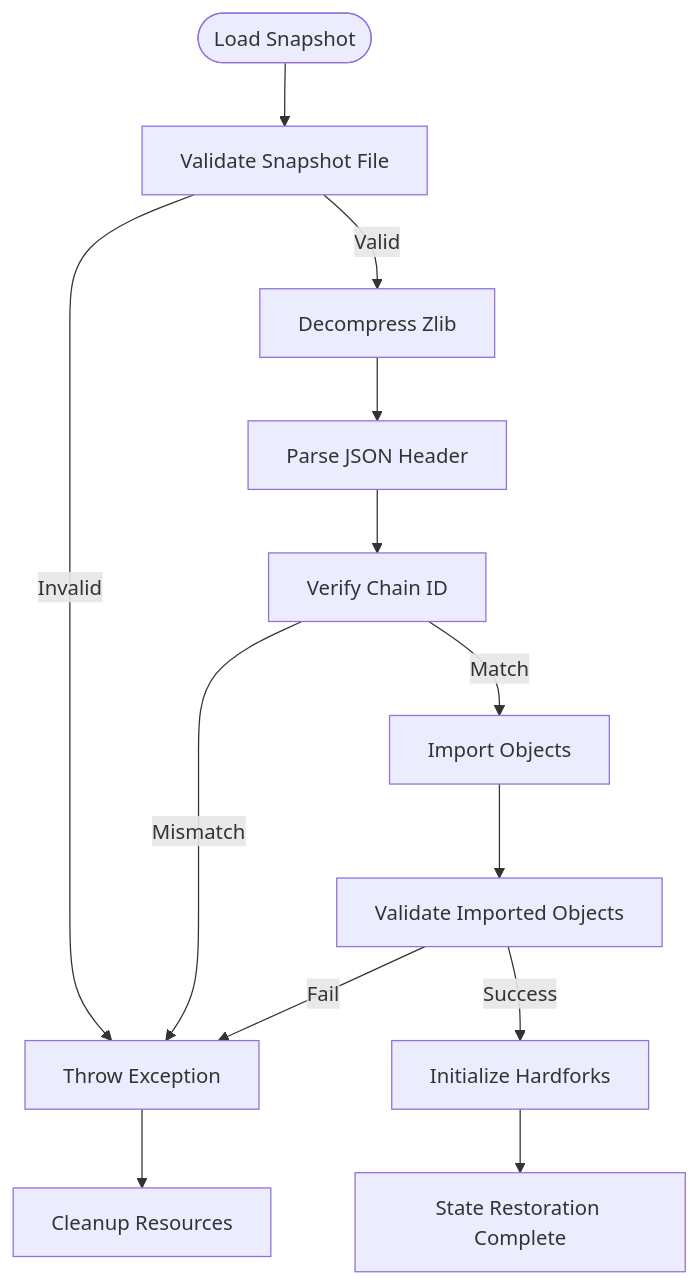
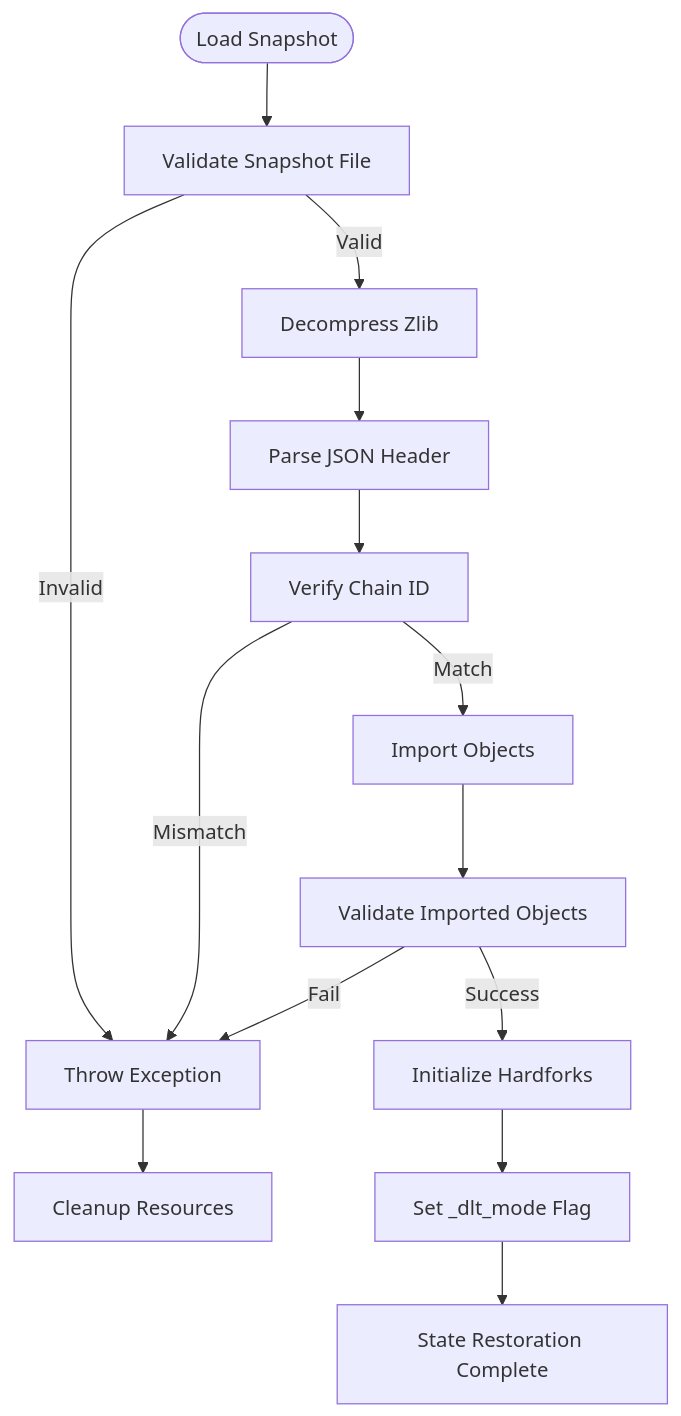
One commit to VIZ-Blockchain/viz-cpp-node changed diagram 11 of 22 in .qoder/repowiki/en/content/Plugin System/Snapshot Plugin System.md. Above: the diagram before and after it, drawn with Mermaid. The commit also changed other lines of this file and 3 other files, not shown here.

````diff
--- a/.qoder/repowiki/en/content/Plugin System/Snapshot Plugin System.md
+++ b/.qoder/repowiki/en/content/Plugin System/Snapshot Plugin System.md
@@ -497,15 +503,16 @@
 ```mermaid
 flowchart TD
 Start([Load Snapshot]) --> Validate[Validate Snapshot File]
 Validate --> |Invalid| Error[Throw Exception]
 Validate --> |Valid| Decompress[Decompress Zlib]
 Decompress --> Parse[Parse JSON Header]
 Parse --> Verify[Verify Chain ID]
 Verify --> |Mismatch| Error
 Verify --> |Match| Import[Import Objects]
 Import --> ValidateObjects[Validate Imported Objects]
 ValidateObjects --> |Fail| Error
 ValidateObjects --> |Success| InitializeHF[Initialize Hardforks]
-InitializeHF --> Success[State Restoration Complete]
+InitializeHF --> SetDLTMode[Set _dlt_mode Flag]
+SetDLTMode --> Success[State Restoration Complete]
 Error --> Cleanup[Cleanup Resources]
 ```
````
